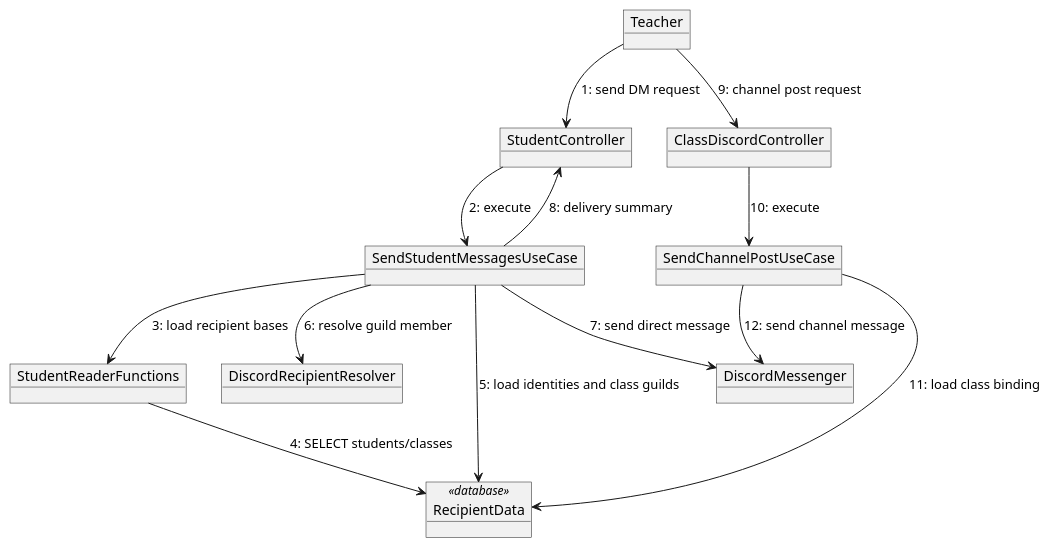
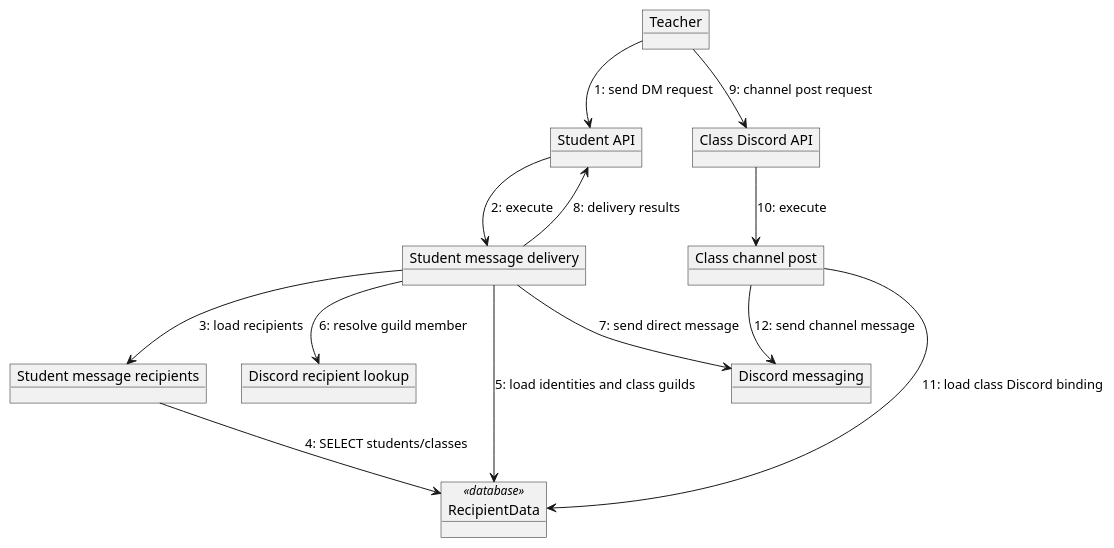
One commit to owlx206/tms-monorepo changed the diagram in uml/collaboration/discord-message-delivery.puml. Above: the diagram before and after it, drawn with PlantUML. The commit also changed 234 other files, not shown here.

```diff
--- a/uml/collaboration/discord-message-delivery.puml
+++ b/uml/collaboration/discord-message-delivery.puml
@@ -1,23 +1,23 @@
 @startuml
 object Teacher
-object StudentController
-object SendStudentMessagesUseCase
-object StudentReaderFunctions
-object DiscordRecipientResolver
-object DiscordMessenger
-object ClassDiscordController
-object SendChannelPostUseCase
+object "Student API" as StudentAPI
+object "Student message delivery" as StudentMessageDelivery
+object "Student message recipients" as StudentMessageRecipients
+object "Discord recipient lookup" as DiscordRecipientLookup
+object "Discord messaging" as DiscordMessaging
+object "Class Discord API" as ClassDiscordAPI
+object "Class channel post" as ClassChannelPost
 object RecipientData <<database>>
-Teacher --> StudentController : 1: send DM request
-StudentController --> SendStudentMessagesUseCase : 2: execute
-SendStudentMessagesUseCase --> StudentReaderFunctions : 3: load recipient bases
-StudentReaderFunctions --> RecipientData : 4: SELECT students/classes
-SendStudentMessagesUseCase --> RecipientData : 5: load identities and class guilds
-SendStudentMessagesUseCase --> DiscordRecipientResolver : 6: resolve guild member
-SendStudentMessagesUseCase --> DiscordMessenger : 7: send direct message
-SendStudentMessagesUseCase --> StudentController : 8: delivery summary
-Teacher --> ClassDiscordController : 9: channel post request
-ClassDiscordController --> SendChannelPostUseCase : 10: execute
-SendChannelPostUseCase --> RecipientData : 11: load class binding
-SendChannelPostUseCase --> DiscordMessenger : 12: send channel message
+Teacher --> StudentAPI : 1: send DM request
+StudentAPI --> StudentMessageDelivery : 2: execute
+StudentMessageDelivery --> StudentMessageRecipients : 3: load recipients
+StudentMessageRecipients --> RecipientData : 4: SELECT students/classes
+StudentMessageDelivery --> RecipientData : 5: load identities and class guilds
+StudentMessageDelivery --> DiscordRecipientLookup : 6: resolve guild member
+StudentMessageDelivery --> DiscordMessaging : 7: send direct message
+StudentMessageDelivery --> StudentAPI : 8: delivery results
+Teacher --> ClassDiscordAPI : 9: channel post request
+ClassDiscordAPI --> ClassChannelPost : 10: execute
+ClassChannelPost --> RecipientData : 11: load class Discord binding
+ClassChannelPost --> DiscordMessaging : 12: send channel message
 @enduml
```
